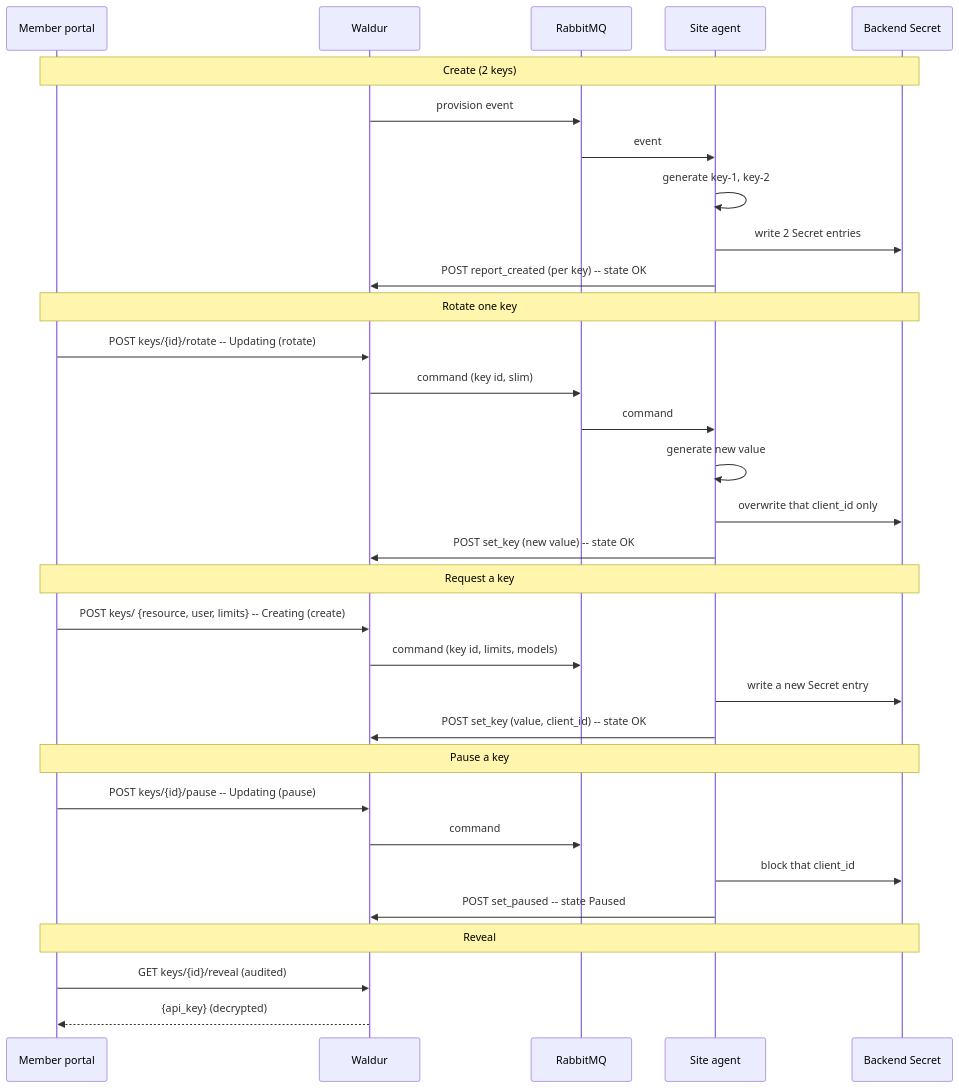
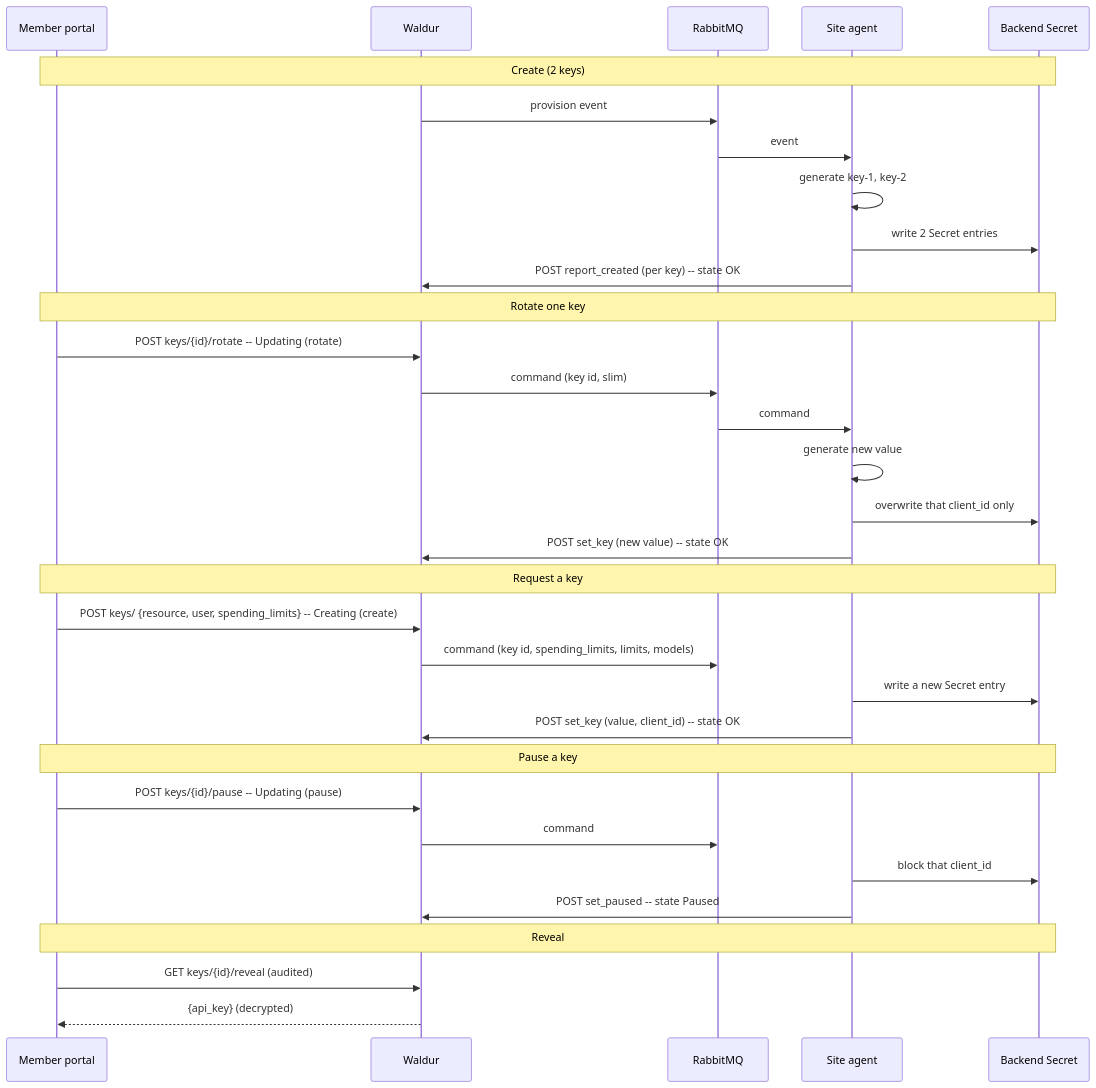
One commit to waldur/waldur-docs changed the second of 2 diagrams in docs/developer-guide/resource-api-keys.md. Above: the diagram before and after it, drawn with Mermaid. The commit also changed other lines of this file and 52 other files, not shown here.

````diff
--- a/docs/developer-guide/resource-api-keys.md
+++ b/docs/developer-guide/resource-api-keys.md
@@ -367,35 +398,35 @@
 ```mermaid
 sequenceDiagram
     participant M as Member portal
     participant W as Waldur
     participant Q as RabbitMQ
     participant A as Site agent
     participant B as Backend Secret
 
     Note over M,B: Create (2 keys)
     W->>Q: provision event
     Q->>A: event
     A->>A: generate key-1, key-2
     A->>B: write 2 Secret entries
     A->>W: POST report_created (per key)  -- state OK
     Note over M,B: Rotate one key
     M->>W: POST keys/{id}/rotate  -- Updating (rotate)
     W->>Q: command (key id, slim)
     Q->>A: command
     A->>A: generate new value
     A->>B: overwrite that client_id only
     A->>W: POST set_key (new value)  -- state OK
     Note over M,B: Request a key
-    M->>W: POST keys/ {resource, user, limits}  -- Creating (create)
-    W->>Q: command (key id, limits, models)
+    M->>W: POST keys/ {resource, user, spending_limits}  -- Creating (create)
+    W->>Q: command (key id, spending_limits, limits, models)
     A->>B: write a new Secret entry
     A->>W: POST set_key (value, client_id)  -- state OK
     Note over M,B: Pause a key
     M->>W: POST keys/{id}/pause  -- Updating (pause)
     W->>Q: command
     A->>B: block that client_id
     A->>W: POST set_paused  -- state Paused
     Note over M,B: Reveal
     M->>W: GET keys/{id}/reveal (audited)
     W-->>M: {api_key}  (decrypted)
 ```
````
